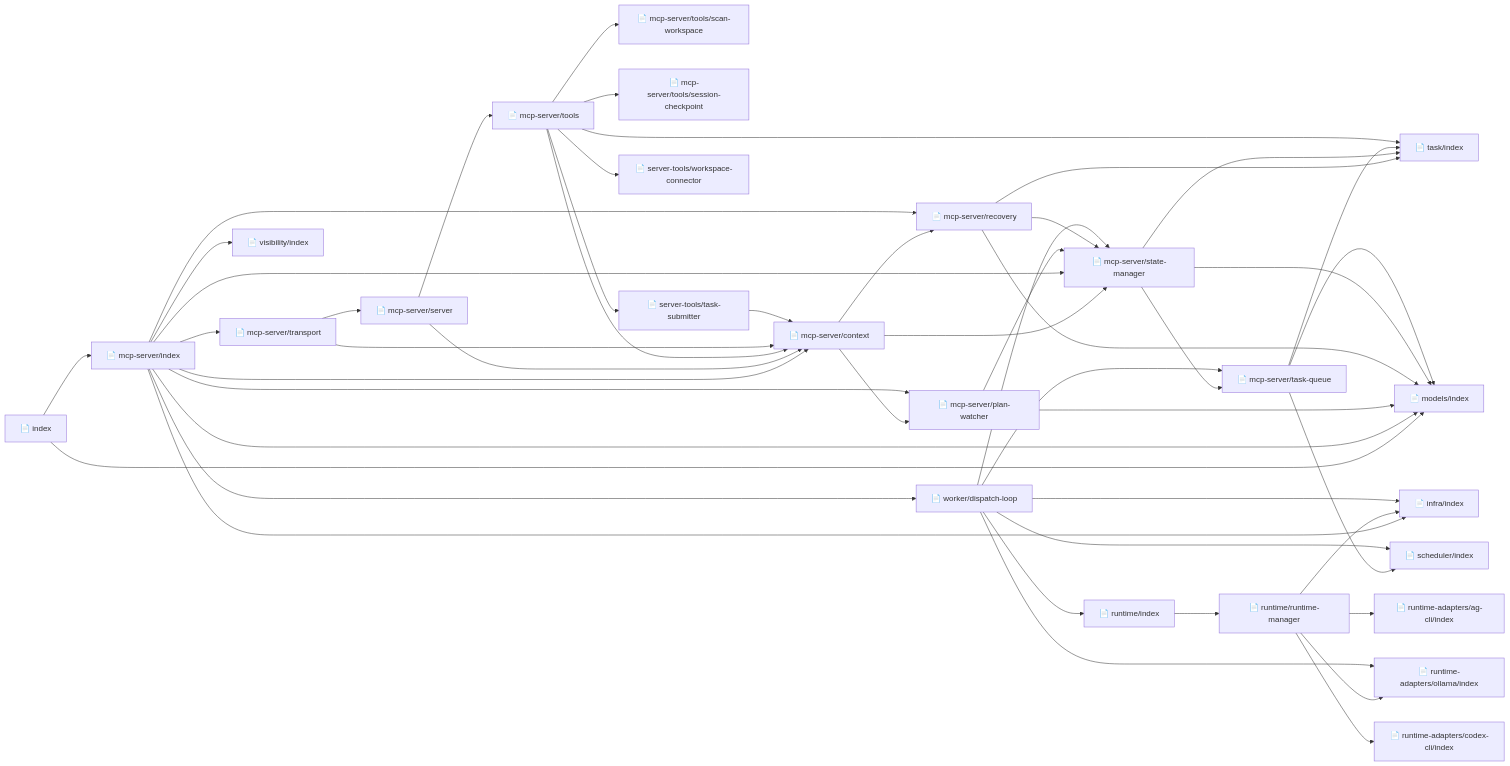
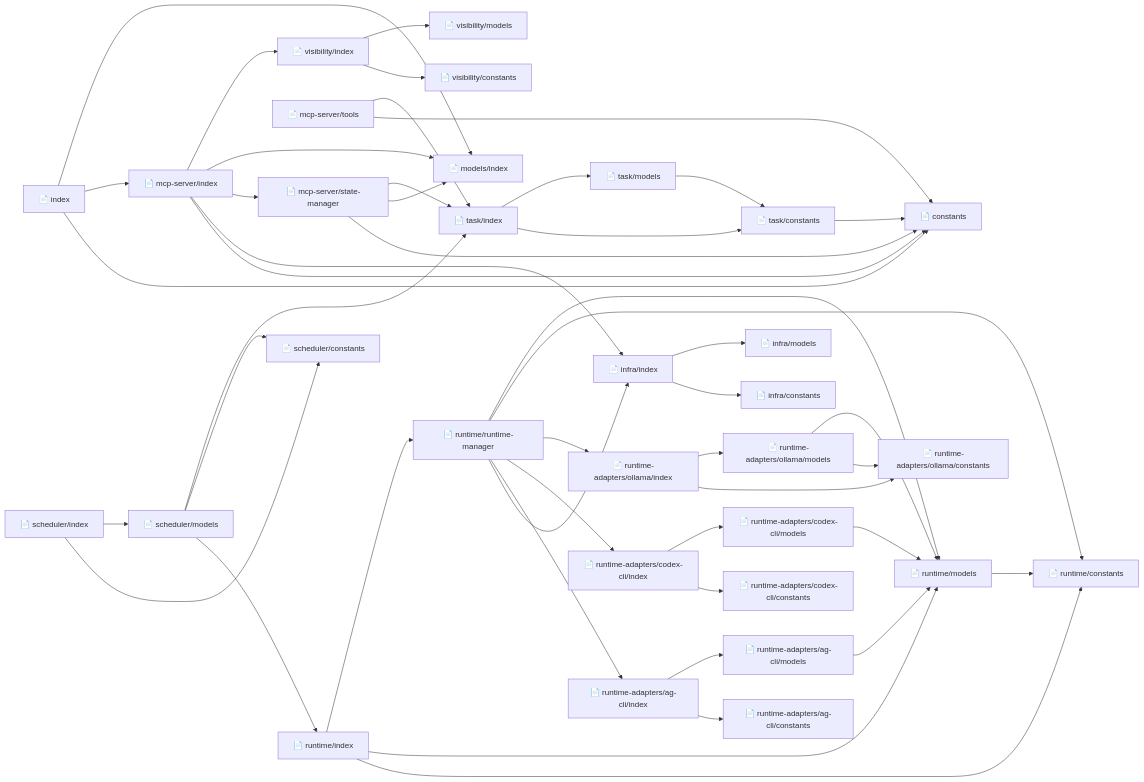
The second of 2 diagrams in .agent/workspace-memory.md (qthan1004/agent-orchestrator), drawn with Mermaid before and after one commit. The commit also changed other lines of this file and 1 other file, not shown here.

Commit message:
chore(docs): regenerate codebase maps with refined scanner

````diff
--- a/.agent/workspace-memory.md
+++ b/.agent/workspace-memory.md
@@ -142,75 +142,80 @@
 ```mermaid
 flowchart LR
+  constants["📄 constants"]
   index["📄 index"]
   mcp_server_index["📄 mcp-server/index"]
   models_index["📄 models/index"]
+  infra_constants["📄 infra/constants"]
   infra_index["📄 infra/index"]
-  mcp_server_context["📄 mcp-server/context"]
-  mcp_server_plan_watcher["📄 mcp-server/plan-watcher"]
-  mcp_server_recovery["📄 mcp-server/recovery"]
+  infra_models["📄 infra/models"]
   mcp_server_state_manager["📄 mcp-server/state-manager"]
-  mcp_server_transport["📄 mcp-server/transport"]
   visibility_index["📄 visibility/index"]
-  worker_dispatch_loop["📄 worker/dispatch-loop"]
   task_index["📄 task/index"]
-  mcp_server_server["📄 mcp-server/server"]
   mcp_server_tools["📄 mcp-server/tools"]
-  mcp_server_task_queue["📄 mcp-server/task-queue"]
-  scheduler_index["📄 scheduler/index"]
-  mcp_server_tools_scan_workspace["📄 mcp-server/tools/scan-workspace"]
-  mcp_server_tools_session_checkpoint["📄 mcp-server/tools/session-checkpoint"]
-  server_tools_task_submitter["📄 server-tools/task-submitter"]
-  server_tools_workspace_connector["📄 server-tools/workspace-connector"]
+  runtime_adapters_ag_cli_constants["📄 runtime-adapters/ag-cli/constants"]
   runtime_adapters_ag_cli_index["📄 runtime-adapters/ag-cli/index"]
+  runtime_adapters_ag_cli_models["📄 runtime-adapters/ag-cli/models"]
+  runtime_models["📄 runtime/models"]
+  runtime_adapters_codex_cli_constants["📄 runtime-adapters/codex-cli/constants"]
   runtime_adapters_codex_cli_index["📄 runtime-adapters/codex-cli/index"]
+  runtime_adapters_codex_cli_models["📄 runtime-adapters/codex-cli/models"]
+  runtime_adapters_ollama_constants["📄 runtime-adapters/ollama/constants"]
   runtime_adapters_ollama_index["📄 runtime-adapters/ollama/index"]
+  runtime_adapters_ollama_models["📄 runtime-adapters/ollama/models"]
+  runtime_constants["📄 runtime/constants"]
   runtime_index["📄 runtime/index"]
   runtime_runtime_manager["📄 runtime/runtime-manager"]
+  scheduler_constants["📄 scheduler/constants"]
+  scheduler_index["📄 scheduler/index"]
+  scheduler_models["📄 scheduler/models"]
+  task_constants["📄 task/constants"]
+  task_models["📄 task/models"]
+  visibility_constants["📄 visibility/constants"]
+  visibility_models["📄 visibility/models"]
+  index --> constants
   index --> mcp_server_index
   index --> models_index
-  mcp_server_context --> mcp_server_plan_watcher
-  mcp_server_context --> mcp_server_recovery
-  mcp_server_context --> mcp_server_state_manager
+  infra_index --> infra_constants
+  infra_index --> infra_models
+  mcp_server_index --> constants
   mcp_server_index --> infra_index
-  mcp_server_index --> mcp_server_context
-  mcp_server_index --> mcp_server_plan_watcher
-  mcp_server_index --> mcp_server_recovery
   mcp_server_index --> mcp_server_state_manager
-  mcp_server_index --> mcp_server_transport
   mcp_server_index --> models_index
   mcp_server_index --> visibility_index
-  mcp_server_index --> worker_dispatch_loop
-  mcp_server_plan_watcher --> mcp_server_state_manager
-  mcp_server_plan_watcher --> models_index
-  mcp_server_recovery --> mcp_server_state_manager
-  mcp_server_recovery --> models_index
-  mcp_server_recovery --> task_index
-  mcp_server_server --> mcp_server_context
-  mcp_server_server --> mcp_server_tools
-  mcp_server_state_manager --> mcp_server_task_queue
+  mcp_server_state_manager --> constants
   mcp_server_state_manager --> models_index
   mcp_server_state_manager --> task_index
-  mcp_server_task_queue --> models_index
-  mcp_server_task_queue --> scheduler_index
-  mcp_server_task_queue --> task_index
-  mcp_server_tools --> mcp_server_context
-  mcp_server_tools --> mcp_server_tools_scan_workspace
-  mcp_server_tools --> mcp_server_tools_session_checkpoint
-  mcp_server_tools --> server_tools_task_submitter
-  mcp_server_tools --> server_tools_workspace_connector
+  mcp_server_tools --> constants
   mcp_server_tools --> task_index
-  mcp_server_transport --> mcp_server_context
-  mcp_server_transport --> mcp_server_server
+  runtime_adapters_ag_cli_index --> runtime_adapters_ag_cli_constants
+  runtime_adapters_ag_cli_index --> runtime_adapters_ag_cli_models
+  runtime_adapters_ag_cli_models --> runtime_models
+  runtime_adapters_codex_cli_index --> runtime_adapters_codex_cli_constants
+  runtime_adapters_codex_cli_index --> runtime_adapters_codex_cli_models
+  runtime_adapters_codex_cli_models --> runtime_models
+  runtime_adapters_ollama_index --> runtime_adapters_ollama_constants
+  runtime_adapters_ollama_index --> runtime_adapters_ollama_models
+  runtime_adapters_ollama_models --> runtime_adapters_ollama_constants
+  runtime_adapters_ollama_models --> runtime_models
+  runtime_index --> runtime_constants
+  runtime_index --> runtime_models
   runtime_index --> runtime_runtime_manager
+  runtime_models --> runtime_constants
   runtime_runtime_manager --> infra_index
   runtime_runtime_manager --> runtime_adapters_ag_cli_index
   runtime_runtime_manager --> runtime_adapters_codex_cli_index
   runtime_runtime_manager --> runtime_adapters_ollama_index
-  server_tools_task_submitter --> mcp_server_context
-  worker_dispatch_loop --> infra_index
-  worker_dispatch_loop --> mcp_server_state_manager
-  worker_dispatch_loop --> mcp_server_task_queue
-  worker_dispatch_loop --> runtime_adapters_ollama_index
-  worker_dispatch_loop --> runtime_index
-  worker_dispatch_loop --> scheduler_index
+  runtime_runtime_manager --> runtime_constants
+  runtime_runtime_manager --> runtime_models
+  scheduler_index --> scheduler_constants
+  scheduler_index --> scheduler_models
+  scheduler_models --> runtime_index
+  scheduler_models --> scheduler_constants
+  scheduler_models --> task_index
+  task_constants --> constants
+  task_index --> task_constants
+  task_index --> task_models
+  task_models --> task_constants
+  visibility_index --> visibility_constants
+  visibility_index --> visibility_models
 ```
````
